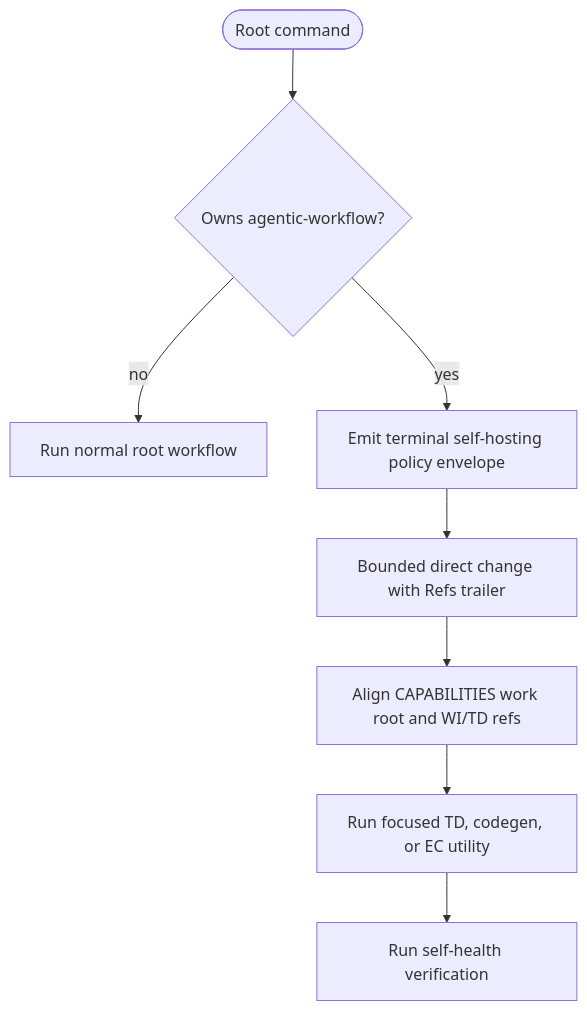
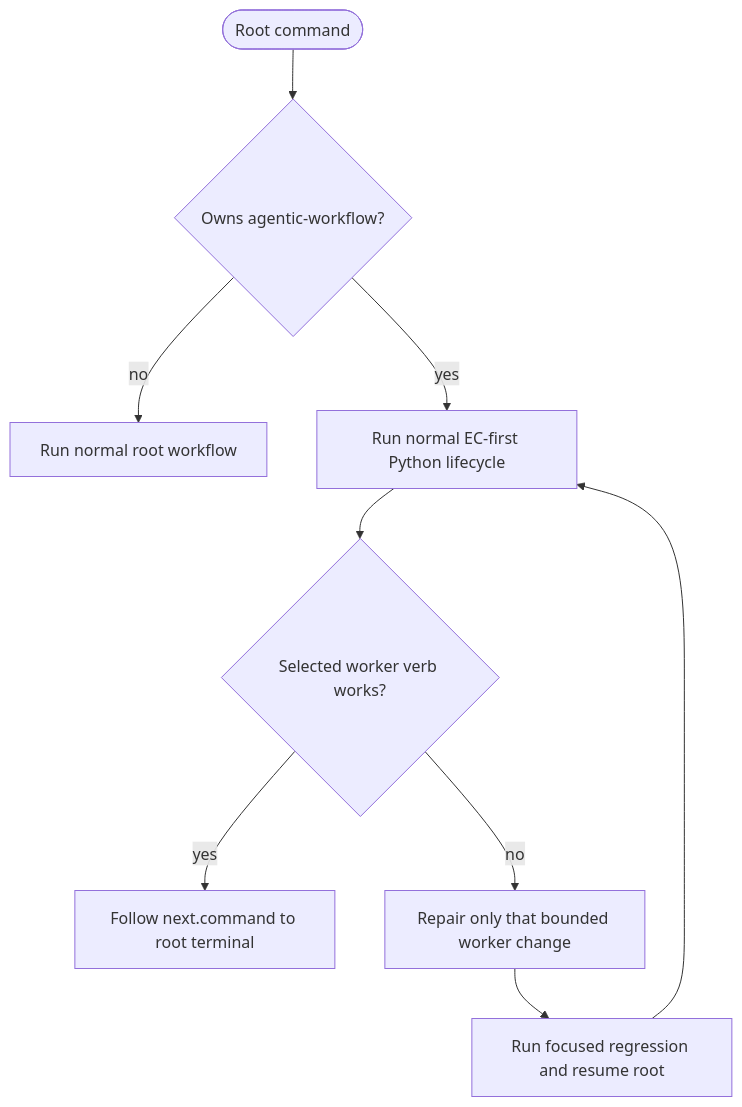
One commit to chrischeng-c4/axiom changed the first of 2 diagrams in apps/agentic-workflow/tech-design/surface/specs/aw-self-hosting-runner-policy.md. Above: the diagram before and after it, drawn with Mermaid. The commit also changed other lines of this file and 8 other files, not shown here.

First line of the commit message:
spec(aw): admit Python-first self-hosting

````diff
--- a/apps/agentic-workflow/tech-design/surface/specs/aw-self-hosting-runner-policy.md
+++ b/apps/agentic-workflow/tech-design/surface/specs/aw-self-hosting-runner-policy.md
@@ -52,13 +49,14 @@
 ```mermaid
 ---
 id: aw-self-hosting-runner-policy-flow
 ---
 flowchart TD
     start([Root command]) --> identity{Owns agentic-workflow?}
     identity -->|no| generic[Run normal root workflow]
-    identity -->|yes| policy[Emit terminal self-hosting policy envelope]
-    policy --> direct[Bounded direct change with Refs trailer]
-    direct --> align[Align CAPABILITIES work root and WI/TD refs]
-    align --> focused[Run focused TD, codegen, or EC utility]
-    focused --> health[Run self-health verification]
+    identity -->|yes| lifecycle[Run normal EC-first Python lifecycle]
+    lifecycle --> worker{Selected worker verb works?}
+    worker -->|yes| continue[Follow next.command to root terminal]
+    worker -->|no| direct[Repair only that bounded worker change]
+    direct --> verify[Run focused regression and resume root]
+    verify --> lifecycle
 ```
````
